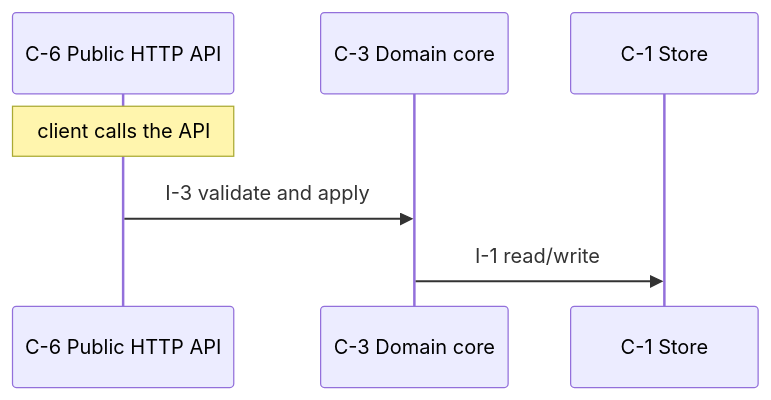
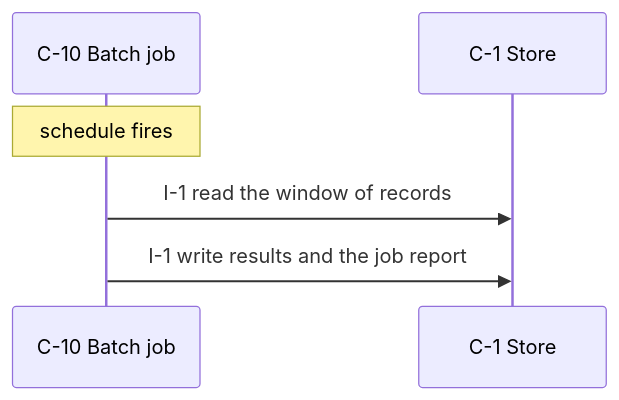
Before and after one commit to yui9696/sekkei: the second of 3 diagrams in examples/minimal/DESIGN.md, drawn with Mermaid. The commit also changed other lines of this file and 27 other files, not shown here.

````diff
--- a/examples/minimal/DESIGN.md
+++ b/examples/minimal/DESIGN.md
@@ -175,9 +329,8 @@
 ```mermaid
 sequenceDiagram
-  participant C_6 as C-6 Public HTTP API
-  participant C_3 as C-3 Domain core
+  participant C_10 as C-10 Batch job
   participant C_1 as C-1 Store
-  Note over C_6: client calls the API
-  C_6->>C_3: I-3 validate and apply
-  C_3->>C_1: I-1 read/write
+  Note over C_10: schedule fires
+  C_10->>C_1: I-1 read the window of records
+  C_10->>C_1: I-1 write results and the job report
 ```
````
